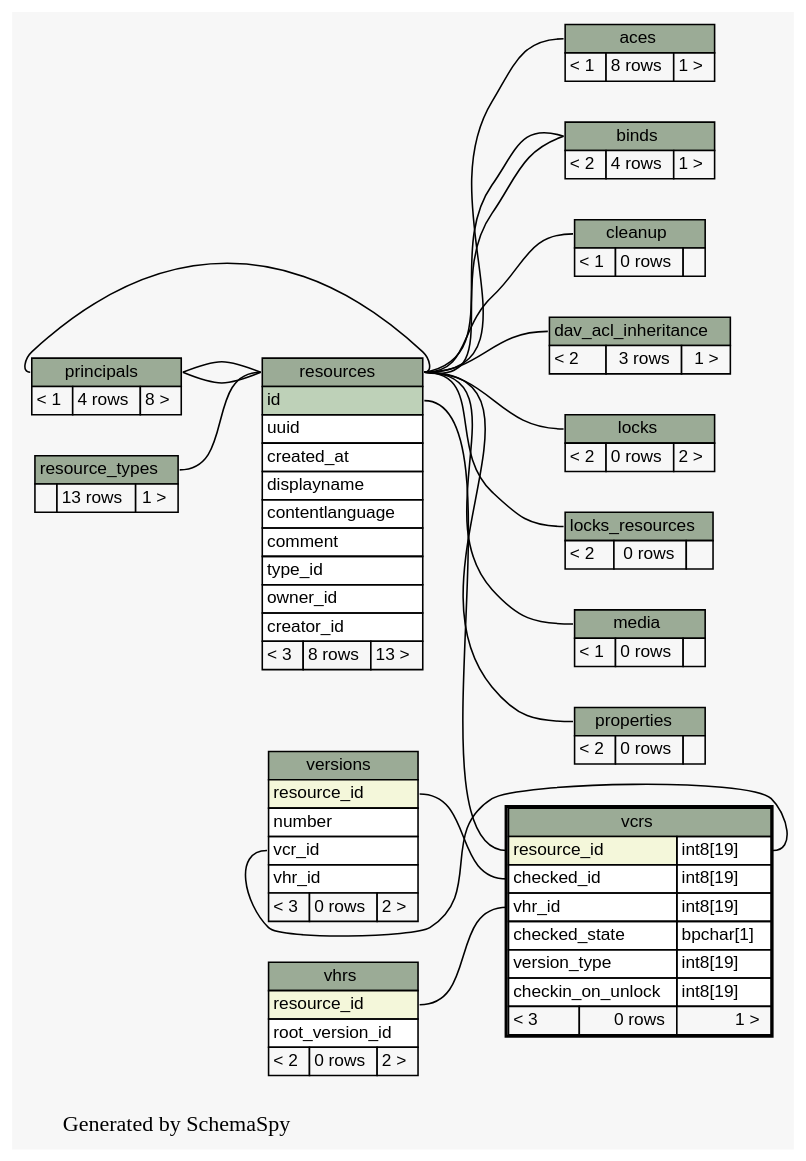
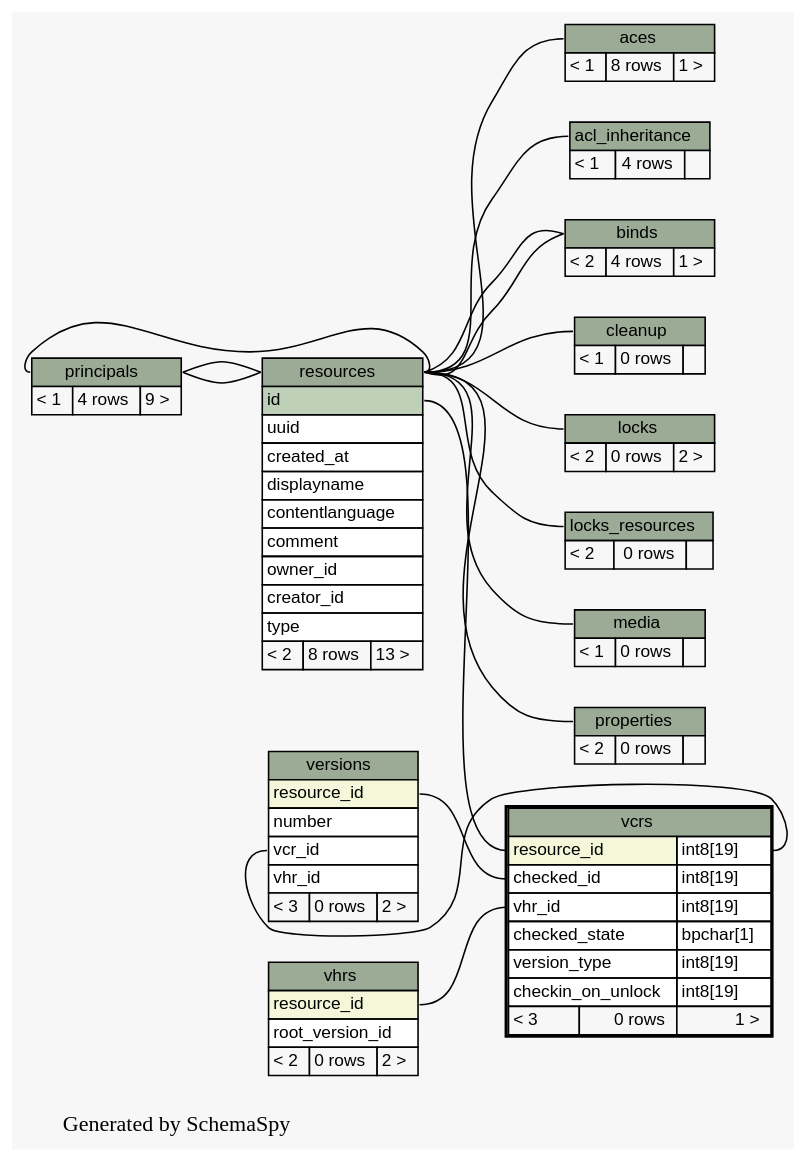
Before and after one commit to tolsen/limestone: the diagram in limestone/doc/schemaSpy/graphs/vcrs.2degrees.dot, drawn with Graphviz. The commit also changed 151 other files, not shown here.

Commit message:
update schemaspy

```diff
--- a/limestone/doc/schemaSpy/graphs/vcrs.2degrees.dot
+++ b/limestone/doc/schemaSpy/graphs/vcrs.2degrees.dot
@@ -1,181 +1,171 @@
-// dot 2.16.1 on Linux 2.6.24-1-amd64
+// dot 2.20.2 on Linux 2.6.25-2-amd64
 digraph "twoDegreesRelationshipsGraph" {
   graph [
     rankdir="RL"
     bgcolor="#f7f7f7"
     label="\nGenerated by SchemaSpy"
     labeljust="l"
   ];
   node [
     fontname="Helvetica"
     fontsize="11"
     shape="plaintext"
   ];
   edge [
     arrowsize="0.8"
   ];
   "aces":"aces.heading":w -> "resources":"resources.heading":e [arrowtail=crowtee arrowhead=none];
+  "acl_inheritance":"acl_inheritance.heading":w -> "resources":"resources.heading":e [arrowtail=tee arrowhead=none];
   "binds":"binds.heading":w -> "resources":"resources.heading":e [arrowtail=crowtee arrowhead=none];
   "binds":"binds.heading":w -> "resources":"resources.heading":e [arrowtail=crowtee arrowhead=none];
   "cleanup":"cleanup.heading":w -> "resources":"resources.heading":e [arrowtail=crowtee arrowhead=none];
-  "dav_acl_inheritance":"dav_acl_inheritance.heading":w -> "resources":"resources.heading":e [arrowtail=tee arrowhead=none];
   "locks":"locks.heading":w -> "resources":"resources.heading":e [arrowtail=crowtee arrowhead=none];
   "locks_resources":"locks_resources.heading":w -> "resources":"resources.heading":e [arrowtail=crowtee arrowhead=none];
   "media":"media.heading":w -> "resources":"resources.heading":e [arrowtail=crowtee arrowhead=none];
   "principals":"principals.heading":w -> "resources":"resources.heading":e [arrowtail=tee arrowhead=none];
   "properties":"properties.heading":w -> "resources":"resources.heading":e [arrowtail=crowtee arrowhead=none];
   "resources":"resources.heading":w -> "principals":"principals.heading":e [arrowtail=crowtee arrowhead=none];
   "resources":"resources.heading":w -> "principals":"principals.heading":e [arrowtail=crowtee arrowhead=none];
-  "resources":"resources.heading":w -> "resource_types":"resource_types.heading":e [arrowtail=crowtee arrowhead=none];
   "vcrs":"checked_id":w -> "versions":"resource_id":e [arrowtail=crowtee arrowhead=none];
   "vcrs":"resource_id":w -> "resources":"id":e [arrowtail=tee arrowhead=none];
   "vcrs":"vhr_id":w -> "vhrs":"resource_id":e [arrowtail=crowtee arrowhead=none];
   "versions":"vcr_id":w -> "vcrs":"resource_id.type":e [arrowtail=crowodot arrowhead=none];
   "aces" [
     label=<
     <TABLE BORDER="0" CELLBORDER="1" CELLSPACING="0" BGCOLOR="#ffffff">
       <TR><TD PORT="aces.heading" COLSPAN="3" BGCOLOR="#9bab96" ALIGN="CENTER">aces</TD></TR>
       <TR><TD ALIGN="LEFT" BGCOLOR="#f7f7f7">&lt; 1</TD><TD ALIGN="RIGHT" BGCOLOR="#f7f7f7">8 rows</TD><TD ALIGN="RIGHT" BGCOLOR="#f7f7f7">1 &gt;</TD></TR>
     </TABLE>>
     URL="aces.html#graph"
     tooltip="aces"
+  ];
+  "acl_inheritance" [
+    label=<
+    <TABLE BORDER="0" CELLBORDER="1" CELLSPACING="0" BGCOLOR="#ffffff">
+      <TR><TD PORT="acl_inheritance.heading" COLSPAN="3" BGCOLOR="#9bab96" ALIGN="CENTER">acl_inheritance</TD></TR>
+      <TR><TD ALIGN="LEFT" BGCOLOR="#f7f7f7">&lt; 1</TD><TD ALIGN="RIGHT" BGCOLOR="#f7f7f7">4 rows</TD><TD ALIGN="RIGHT" BGCOLOR="#f7f7f7">  </TD></TR>
+    </TABLE>>
+    URL="acl_inheritance.html#graph"
+    tooltip="acl_inheritance"
   ];
   "binds" [
     label=<
     <TABLE BORDER="0" CELLBORDER="1" CELLSPACING="0" BGCOLOR="#ffffff">
       <TR><TD PORT="binds.heading" COLSPAN="3" BGCOLOR="#9bab96" ALIGN="CENTER">binds</TD></TR>
       <TR><TD ALIGN="LEFT" BGCOLOR="#f7f7f7">&lt; 2</TD><TD ALIGN="RIGHT" BGCOLOR="#f7f7f7">4 rows</TD><TD ALIGN="RIGHT" BGCOLOR="#f7f7f7">1 &gt;</TD></TR>
     </TABLE>>
     URL="binds.html#graph"
     tooltip="binds"
   ];
   "cleanup" [
     label=<
     <TABLE BORDER="0" CELLBORDER="1" CELLSPACING="0" BGCOLOR="#ffffff">
       <TR><TD PORT="cleanup.heading" COLSPAN="3" BGCOLOR="#9bab96" ALIGN="CENTER">cleanup</TD></TR>
       <TR><TD ALIGN="LEFT" BGCOLOR="#f7f7f7">&lt; 1</TD><TD ALIGN="RIGHT" BGCOLOR="#f7f7f7">0 rows</TD><TD ALIGN="RIGHT" BGCOLOR="#f7f7f7">  </TD></TR>
     </TABLE>>
     URL="cleanup.html#graph"
     tooltip="cleanup"
-  ];
-  "dav_acl_inheritance" [
-    label=<
-    <TABLE BORDER="0" CELLBORDER="1" CELLSPACING="0" BGCOLOR="#ffffff">
-      <TR><TD PORT="dav_acl_inheritance.heading" COLSPAN="3" BGCOLOR="#9bab96" ALIGN="CENTER">dav_acl_inheritance</TD></TR>
-      <TR><TD ALIGN="LEFT" BGCOLOR="#f7f7f7">&lt; 2</TD><TD ALIGN="RIGHT" BGCOLOR="#f7f7f7">3 rows</TD><TD ALIGN="RIGHT" BGCOLOR="#f7f7f7">1 &gt;</TD></TR>
-    </TABLE>>
-    URL="dav_acl_inheritance.html#graph"
-    tooltip="dav_acl_inheritance"
   ];
   "locks" [
     label=<
     <TABLE BORDER="0" CELLBORDER="1" CELLSPACING="0" BGCOLOR="#ffffff">
       <TR><TD PORT="locks.heading" COLSPAN="3" BGCOLOR="#9bab96" ALIGN="CENTER">locks</TD></TR>
       <TR><TD ALIGN="LEFT" BGCOLOR="#f7f7f7">&lt; 2</TD><TD ALIGN="RIGHT" BGCOLOR="#f7f7f7">0 rows</TD><TD ALIGN="RIGHT" BGCOLOR="#f7f7f7">2 &gt;</TD></TR>
     </TABLE>>
     URL="locks.html#graph"
     tooltip="locks"
   ];
   "locks_resources" [
     label=<
     <TABLE BORDER="0" CELLBORDER="1" CELLSPACING="0" BGCOLOR="#ffffff">
       <TR><TD PORT="locks_resources.heading" COLSPAN="3" BGCOLOR="#9bab96" ALIGN="CENTER">locks_resources</TD></TR>
       <TR><TD ALIGN="LEFT" BGCOLOR="#f7f7f7">&lt; 2</TD><TD ALIGN="RIGHT" BGCOLOR="#f7f7f7">0 rows</TD><TD ALIGN="RIGHT" BGCOLOR="#f7f7f7">  </TD></TR>
     </TABLE>>
     URL="locks_resources.html#graph"
     tooltip="locks_resources"
   ];
   "media" [
     label=<
     <TABLE BORDER="0" CELLBORDER="1" CELLSPACING="0" BGCOLOR="#ffffff">
       <TR><TD PORT="media.heading" COLSPAN="3" BGCOLOR="#9bab96" ALIGN="CENTER">media</TD></TR>
       <TR><TD ALIGN="LEFT" BGCOLOR="#f7f7f7">&lt; 1</TD><TD ALIGN="RIGHT" BGCOLOR="#f7f7f7">0 rows</TD><TD ALIGN="RIGHT" BGCOLOR="#f7f7f7">  </TD></TR>
     </TABLE>>
     URL="media.html#graph"
     tooltip="media"
   ];
   "principals" [
     label=<
     <TABLE BORDER="0" CELLBORDER="1" CELLSPACING="0" BGCOLOR="#ffffff">
       <TR><TD PORT="principals.heading" COLSPAN="3" BGCOLOR="#9bab96" ALIGN="CENTER">principals</TD></TR>
-      <TR><TD ALIGN="LEFT" BGCOLOR="#f7f7f7">&lt; 1</TD><TD ALIGN="RIGHT" BGCOLOR="#f7f7f7">4 rows</TD><TD ALIGN="RIGHT" BGCOLOR="#f7f7f7">8 &gt;</TD></TR>
+      <TR><TD ALIGN="LEFT" BGCOLOR="#f7f7f7">&lt; 1</TD><TD ALIGN="RIGHT" BGCOLOR="#f7f7f7">4 rows</TD><TD ALIGN="RIGHT" BGCOLOR="#f7f7f7">9 &gt;</TD></TR>
     </TABLE>>
     URL="principals.html#graph"
     tooltip="principals"
   ];
   "properties" [
     label=<
     <TABLE BORDER="0" CELLBORDER="1" CELLSPACING="0" BGCOLOR="#ffffff">
       <TR><TD PORT="properties.heading" COLSPAN="3" BGCOLOR="#9bab96" ALIGN="CENTER">properties</TD></TR>
       <TR><TD ALIGN="LEFT" BGCOLOR="#f7f7f7">&lt; 2</TD><TD ALIGN="RIGHT" BGCOLOR="#f7f7f7">0 rows</TD><TD ALIGN="RIGHT" BGCOLOR="#f7f7f7">  </TD></TR>
     </TABLE>>
     URL="properties.html#graph"
     tooltip="properties"
   ];
-  "resource_types" [
-    label=<
-    <TABLE BORDER="0" CELLBORDER="1" CELLSPACING="0" BGCOLOR="#ffffff">
-      <TR><TD PORT="resource_types.heading" COLSPAN="3" BGCOLOR="#9bab96" ALIGN="CENTER">resource_types</TD></TR>
-      <TR><TD ALIGN="LEFT" BGCOLOR="#f7f7f7">  </TD><TD ALIGN="RIGHT" BGCOLOR="#f7f7f7">13 rows</TD><TD ALIGN="RIGHT" BGCOLOR="#f7f7f7">1 &gt;</TD></TR>
-    </TABLE>>
-    URL="resource_types.html#graph"
-    tooltip="resource_types"
-  ];
   "resources" [
     label=<
     <TABLE BORDER="0" CELLBORDER="1" CELLSPACING="0" BGCOLOR="#ffffff">
       <TR><TD PORT="resources.heading" COLSPAN="3" BGCOLOR="#9bab96" ALIGN="CENTER">resources</TD></TR>
       <TR><TD PORT="id" COLSPAN="3" BGCOLOR="#bed1b8" ALIGN="LEFT">id</TD></TR>
       <TR><TD PORT="uuid" COLSPAN="3" ALIGN="LEFT">uuid</TD></TR>
       <TR><TD PORT="created_at" COLSPAN="3" ALIGN="LEFT">created_at</TD></TR>
       <TR><TD PORT="displayname" COLSPAN="3" ALIGN="LEFT">displayname</TD></TR>
       <TR><TD PORT="contentlanguage" COLSPAN="3" ALIGN="LEFT">contentlanguage</TD></TR>
       <TR><TD PORT="comment" COLSPAN="3" ALIGN="LEFT">comment</TD></TR>
-      <TR><TD PORT="type_id" COLSPAN="3" ALIGN="LEFT">type_id</TD></TR>
       <TR><TD PORT="owner_id" COLSPAN="3" ALIGN="LEFT">owner_id</TD></TR>
       <TR><TD PORT="creator_id" COLSPAN="3" ALIGN="LEFT">creator_id</TD></TR>
-      <TR><TD ALIGN="LEFT" BGCOLOR="#f7f7f7">&lt; 3</TD><TD ALIGN="RIGHT" BGCOLOR="#f7f7f7">8 rows</TD><TD ALIGN="RIGHT" BGCOLOR="#f7f7f7">13 &gt;</TD></TR>
+      <TR><TD PORT="type" COLSPAN="3" ALIGN="LEFT">type</TD></TR>
+      <TR><TD ALIGN="LEFT" BGCOLOR="#f7f7f7">&lt; 2</TD><TD ALIGN="RIGHT" BGCOLOR="#f7f7f7">8 rows</TD><TD ALIGN="RIGHT" BGCOLOR="#f7f7f7">13 &gt;</TD></TR>
     </TABLE>>
     URL="resources.html#graph"
     tooltip="resources"
   ];
   "vcrs" [
     label=<
     <TABLE BORDER="2" CELLBORDER="1" CELLSPACING="0" BGCOLOR="#ffffff">
       <TR><TD PORT="vcrs.heading" COLSPAN="3" BGCOLOR="#9bab96" ALIGN="CENTER">vcrs</TD></TR>
       <TR><TD PORT="resource_id" COLSPAN="2" BGCOLOR="#f4f7da" ALIGN="LEFT">resource_id</TD><TD PORT="resource_id.type" ALIGN="LEFT">int8[19]</TD></TR>
       <TR><TD PORT="checked_id" COLSPAN="2" ALIGN="LEFT">checked_id</TD><TD PORT="checked_id.type" ALIGN="LEFT">int8[19]</TD></TR>
       <TR><TD PORT="vhr_id" COLSPAN="2" ALIGN="LEFT">vhr_id</TD><TD PORT="vhr_id.type" ALIGN="LEFT">int8[19]</TD></TR>
       <TR><TD PORT="checked_state" COLSPAN="2" ALIGN="LEFT">checked_state</TD><TD PORT="checked_state.type" ALIGN="LEFT">bpchar[1]</TD></TR>
       <TR><TD PORT="version_type" COLSPAN="2" ALIGN="LEFT">version_type</TD><TD PORT="version_type.type" ALIGN="LEFT">int8[19]</TD></TR>
       <TR><TD PORT="checkin_on_unlock" COLSPAN="2" ALIGN="LEFT">checkin_on_unlock</TD><TD PORT="checkin_on_unlock.type" ALIGN="LEFT">int8[19]</TD></TR>
       <TR><TD ALIGN="LEFT" BGCOLOR="#f7f7f7">&lt; 3</TD><TD ALIGN="RIGHT" BGCOLOR="#f7f7f7">0 rows</TD><TD ALIGN="RIGHT" BGCOLOR="#f7f7f7">1 &gt;</TD></TR>
     </TABLE>>
     URL="vcrs.html#"
     tooltip="vcrs"
   ];
   "versions" [
     label=<
     <TABLE BORDER="0" CELLBORDER="1" CELLSPACING="0" BGCOLOR="#ffffff">
       <TR><TD PORT="versions.heading" COLSPAN="3" BGCOLOR="#9bab96" ALIGN="CENTER">versions</TD></TR>
       <TR><TD PORT="resource_id" COLSPAN="3" BGCOLOR="#f4f7da" ALIGN="LEFT">resource_id</TD></TR>
       <TR><TD PORT="number" COLSPAN="3" ALIGN="LEFT">number</TD></TR>
       <TR><TD PORT="vcr_id" COLSPAN="3" ALIGN="LEFT">vcr_id</TD></TR>
       <TR><TD PORT="vhr_id" COLSPAN="3" ALIGN="LEFT">vhr_id</TD></TR>
       <TR><TD ALIGN="LEFT" BGCOLOR="#f7f7f7">&lt; 3</TD><TD ALIGN="RIGHT" BGCOLOR="#f7f7f7">0 rows</TD><TD ALIGN="RIGHT" BGCOLOR="#f7f7f7">2 &gt;</TD></TR>
     </TABLE>>
     URL="versions.html#graph"
     tooltip="versions"
   ];
   "vhrs" [
     label=<
     <TABLE BORDER="0" CELLBORDER="1" CELLSPACING="0" BGCOLOR="#ffffff">
       <TR><TD PORT="vhrs.heading" COLSPAN="3" BGCOLOR="#9bab96" ALIGN="CENTER">vhrs</TD></TR>
       <TR><TD PORT="resource_id" COLSPAN="3" BGCOLOR="#f4f7da" ALIGN="LEFT">resource_id</TD></TR>
       <TR><TD PORT="root_version_id" COLSPAN="3" ALIGN="LEFT">root_version_id</TD></TR>
       <TR><TD ALIGN="LEFT" BGCOLOR="#f7f7f7">&lt; 2</TD><TD ALIGN="RIGHT" BGCOLOR="#f7f7f7">0 rows</TD><TD ALIGN="RIGHT" BGCOLOR="#f7f7f7">2 &gt;</TD></TR>
     </TABLE>>
     URL="vhrs.html#graph"
     tooltip="vhrs"
   ];
 }
```
